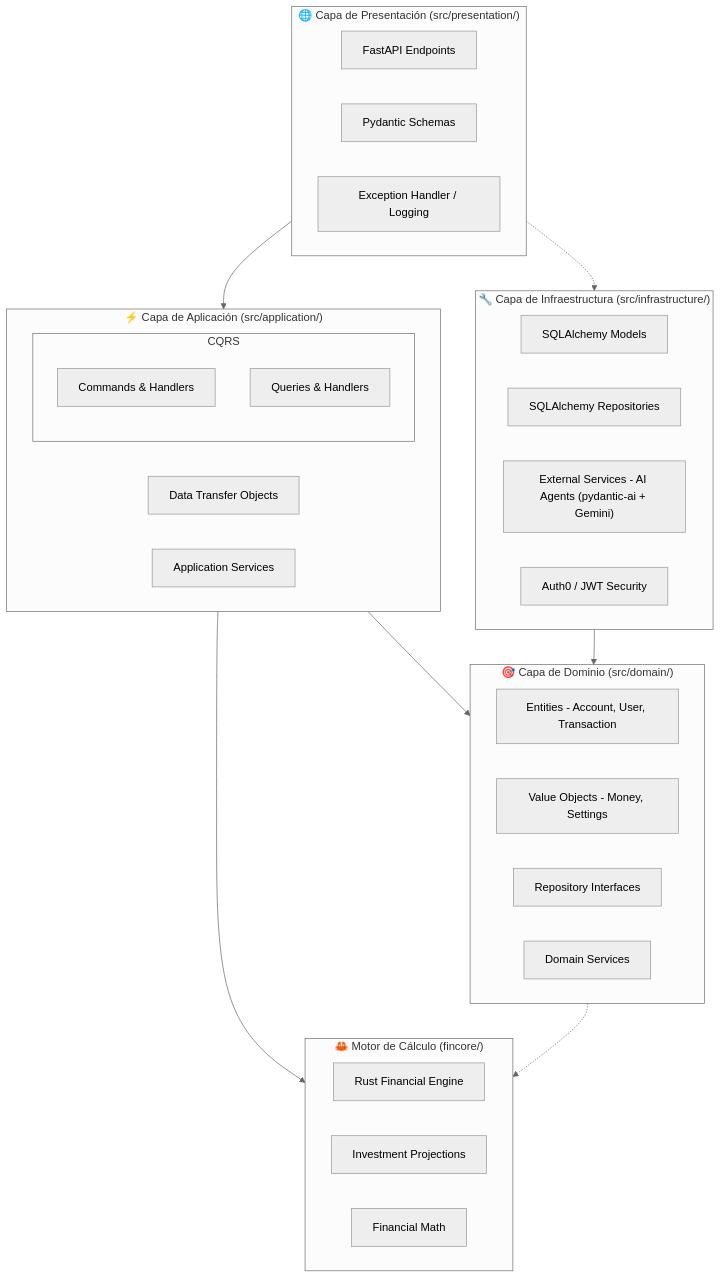
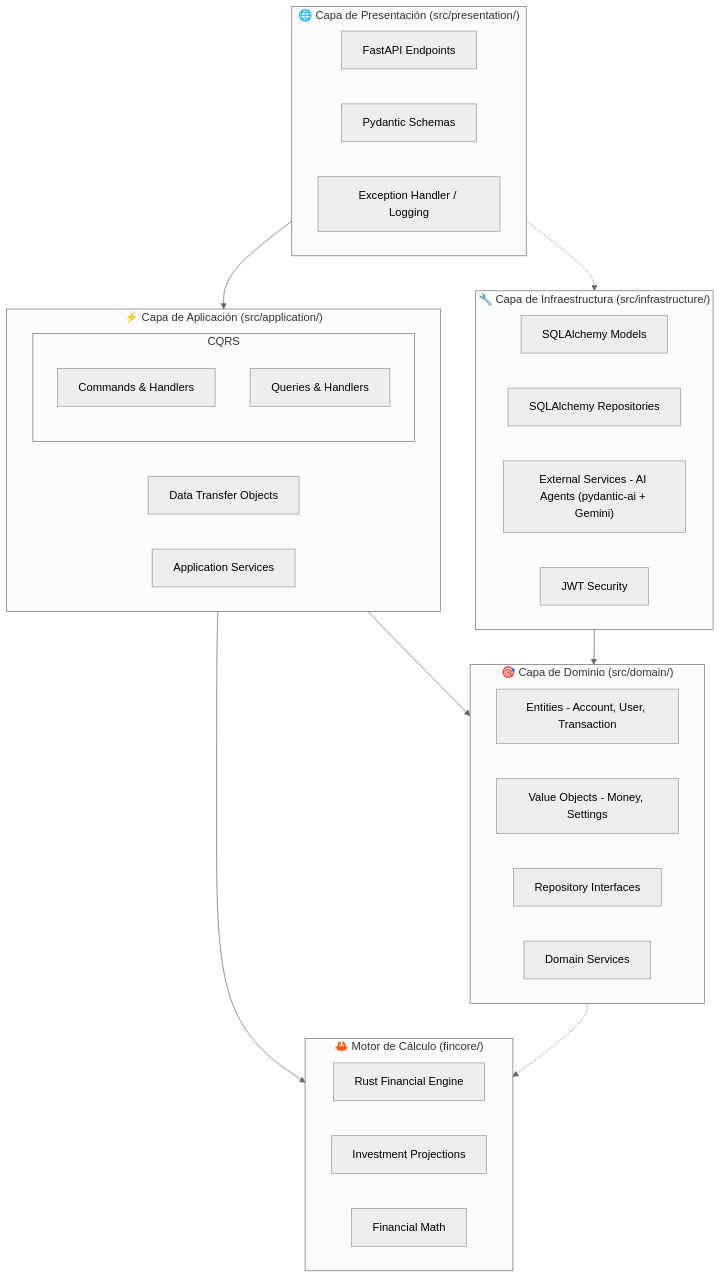
The first of 8 diagrams in docs/ARCHITECTURE.md (DiegoDG-01/LunanceIA), drawn with Mermaid (neutral theme) before and after one commit. The commit also changed other lines of this file and 4 other files, not shown here.

First line of the commit message:
docs: document the in-house JWT auth that replaced Auth0

````diff
--- a/docs/ARCHITECTURE.md
+++ b/docs/ARCHITECTURE.md
@@ -9,45 +9,45 @@
 ```mermaid
 graph TD
     subgraph Presentation ["🌐 Capa de Presentación (src/presentation/)"]
         API[FastAPI Endpoints]
         Schemas[Pydantic Schemas]
         Middleware[Exception Handler / Logging]
     end
 
     subgraph Application ["⚡ Capa de Aplicación (src/application/)"]
         subgraph CQRS
             Commands[Commands & Handlers]
             Queries[Queries & Handlers]
         end
         DTOs[Data Transfer Objects]
         ServicesApp[Application Services]
     end
 
     subgraph Domain ["🎯 Capa de Dominio (src/domain/)"]
         Entities[Entities - Account, User, Transaction]
         VO[Value Objects - Money, Settings]
         RepoInterfaces[Repository Interfaces]
         DomainServices[Domain Services]
     end
 
     subgraph Core ["🦀 Motor de Cálculo (fincore/)"]
         RustCore[Rust Financial Engine]
         Projections[Investment Projections]
         Math[Financial Math]
     end
 
     subgraph Infrastructure ["🔧 Capa de Infraestructura (src/infrastructure/)"]
         DB[SQLAlchemy Models]
         SQLRepo[SQLAlchemy Repositories]
         ExtServices["External Services - AI Agents (pydantic-ai + Gemini)"]
-        Security[Auth0 / JWT Security]
+        Security[JWT Security]
     end
 
     %% Dependencies
     Presentation --> Application
     Application --> Domain
     Infrastructure --> Domain
     Application --> Core
     Domain -.-> Core
     Presentation -.-> Infrastructure
 ```
````
